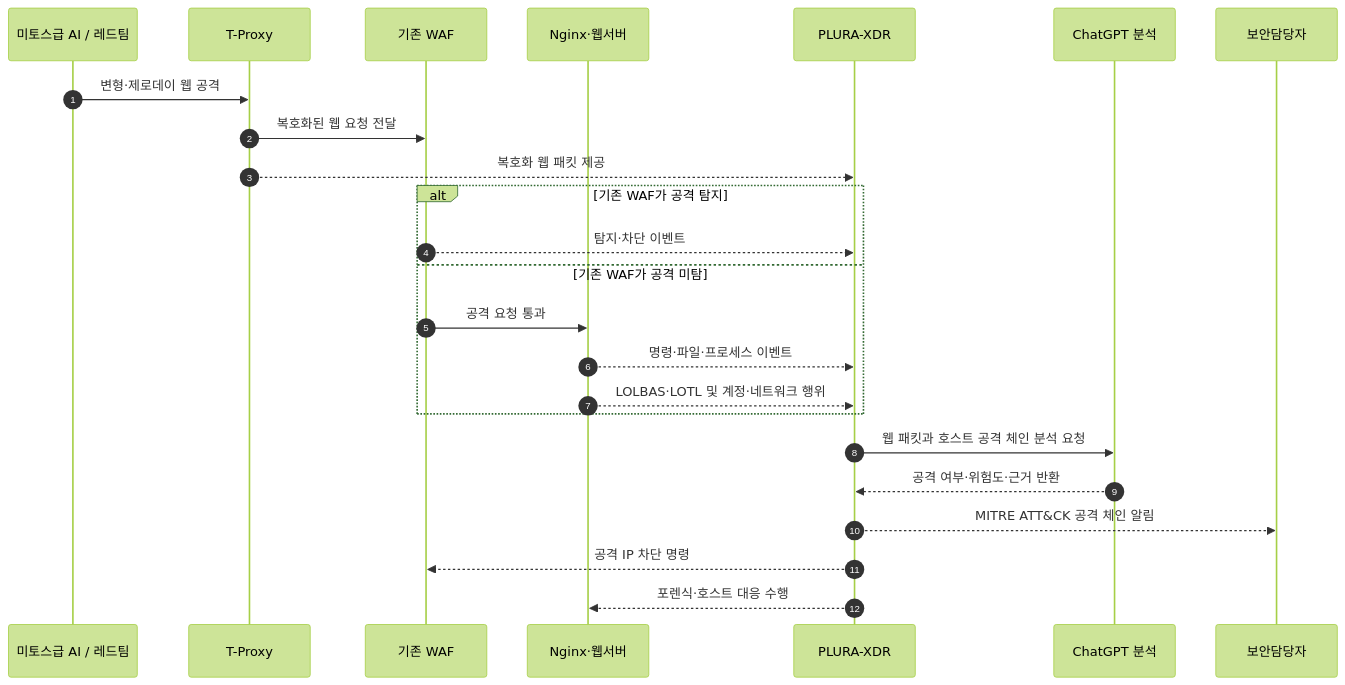
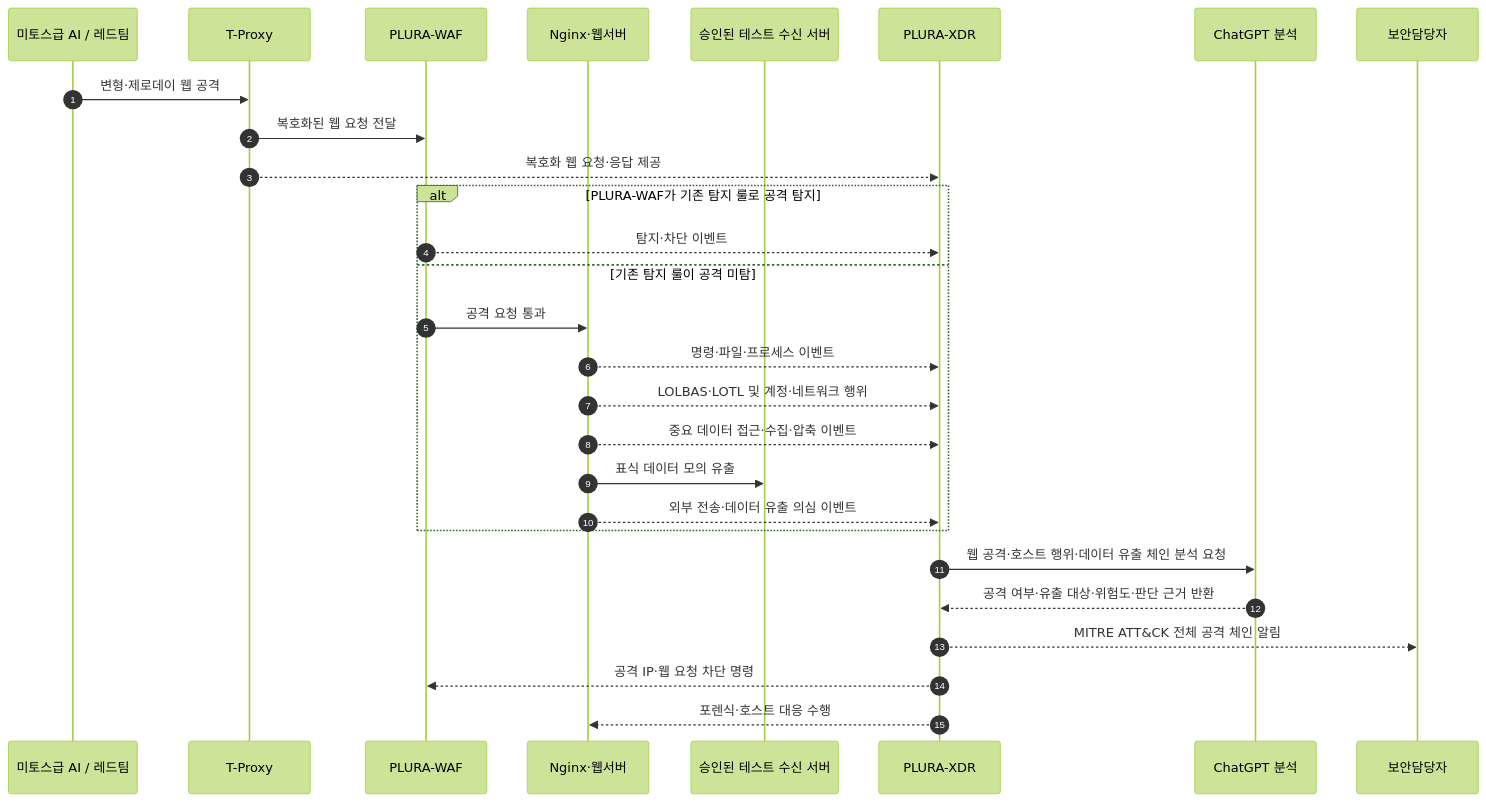
Before and after one commit to qubitsec/plura: the fifth of 5 diagrams in ko/proposal/lg/poc-full.md, drawn with Mermaid (forest theme). The commit also changed other lines of this file, not shown here.

````diff
--- a/ko/proposal/lg/poc-full.md
+++ b/ko/proposal/lg/poc-full.md
@@ -248,29 +291,33 @@
 ```mermaid
 sequenceDiagram
     autonumber
     participant RT as 미토스급 AI / 레드팀
     participant TP as T-Proxy
-    participant WAF as 기존 WAF
+    participant WAF as PLURA-WAF
     participant WEB as Nginx·웹서버
+    participant EXT as 승인된 테스트 수신 서버
     participant XDR as PLURA-XDR
     participant AI as ChatGPT 분석
     participant SOC as 보안담당자
 
     RT->>TP: 변형·제로데이 웹 공격
     TP->>WAF: 복호화된 웹 요청 전달
-    TP-->>XDR: 복호화 웹 패킷 제공
+    TP-->>XDR: 복호화 웹 요청·응답 제공
 
-    alt 기존 WAF가 공격 탐지
+    alt PLURA-WAF가 기존 탐지 룰로 공격 탐지
         WAF-->>XDR: 탐지·차단 이벤트
-    else 기존 WAF가 공격 미탐
+    else 기존 탐지 룰이 공격 미탐
         WAF->>WEB: 공격 요청 통과
         WEB-->>XDR: 명령·파일·프로세스 이벤트
         WEB-->>XDR: LOLBAS·LOTL 및 계정·네트워크 행위
+        WEB-->>XDR: 중요 데이터 접근·수집·압축 이벤트
+        WEB->>EXT: 표식 데이터 모의 유출
+        WEB-->>XDR: 외부 전송·데이터 유출 의심 이벤트
     end
 
-    XDR->>AI: 웹 패킷과 호스트 공격 체인 분석 요청
-    AI-->>XDR: 공격 여부·위험도·근거 반환
-    XDR-->>SOC: MITRE ATT&CK 공격 체인 알림
-    XDR-->>WAF: 공격 IP 차단 명령
+    XDR->>AI: 웹 공격·호스트 행위·데이터 유출 체인 분석 요청
+    AI-->>XDR: 공격 여부·유출 대상·위험도·판단 근거 반환
+    XDR-->>SOC: MITRE ATT&CK 전체 공격 체인 알림
+    XDR-->>WAF: 공격 IP·웹 요청 차단 명령
     XDR-->>WEB: 포렌식·호스트 대응 수행
 ```
````
